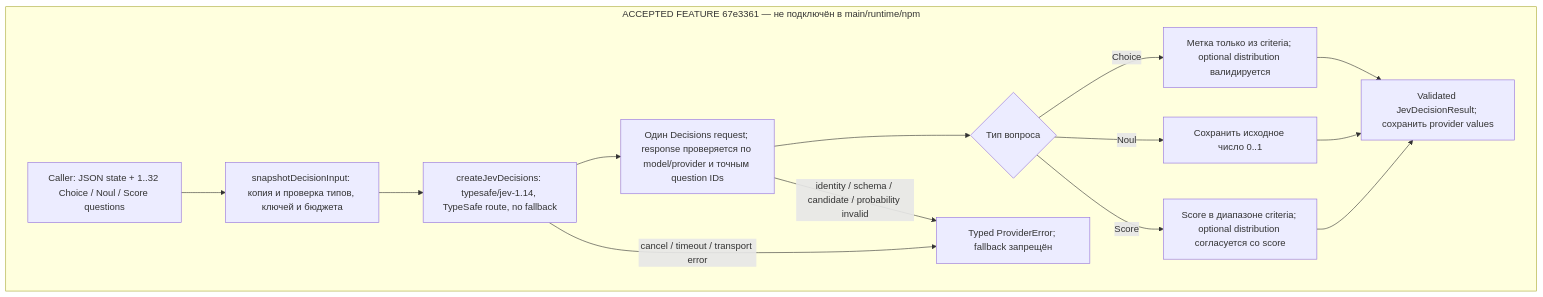
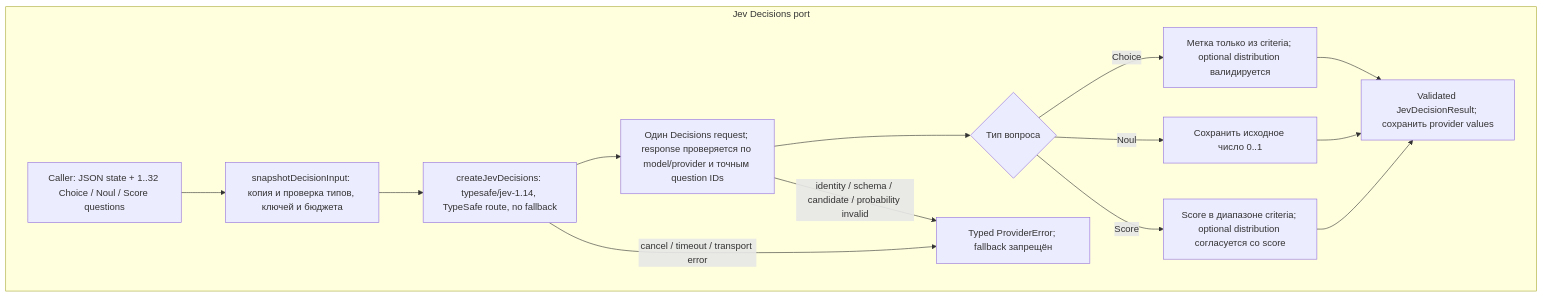
One commit to zoomplus/zorya-search changed the second of 3 diagrams in src/providers/README.md. Above: the diagram before and after it, drawn with Mermaid. The commit also changed other lines of this file and 18 other files, not shown here.

Commit message:
docs(search): explain Jev reuse flow and caller-controlled integration

````diff
--- a/src/providers/README.md
+++ b/src/providers/README.md
@@ -41,17 +42,17 @@
 ```mermaid
 flowchart TD
- subgraph accepted["ACCEPTED FEATURE 67e3361 — не подключён в main/runtime/npm"]
+ subgraph jev["Jev Decisions port"]
   A["Caller: JSON state + 1..32 Choice / Noul / Score questions"] --> B["snapshotDecisionInput: копия и проверка типов, ключей и бюджета"]
   B --> C["createJevDecisions: typesafe/jev-1.14, TypeSafe route, no fallback"]
   C --> D["Один Decisions request; response проверяется по model/provider и точным question IDs"]
   D --> E{"Тип вопроса"}
   E -->|"Choice"| F["Метка только из criteria; optional distribution валидируется"]
   E -->|"Noul"| G["Сохранить исходное число 0..1"]
   E -->|"Score"| H["Score в диапазоне criteria; optional distribution согласуется со score"]
   F --> I["Validated JevDecisionResult; сохранить provider values"]
   G --> I
   H --> I
   C -->|"cancel / timeout / transport error"| J["Typed ProviderError; fallback запрещён"]
   D -->|"identity / schema / candidate / probability invalid"| J
  end
 ```
````
